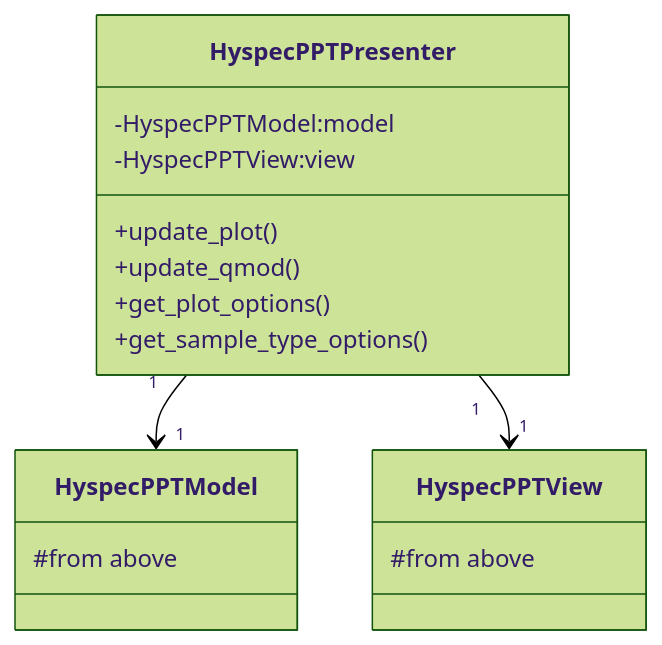
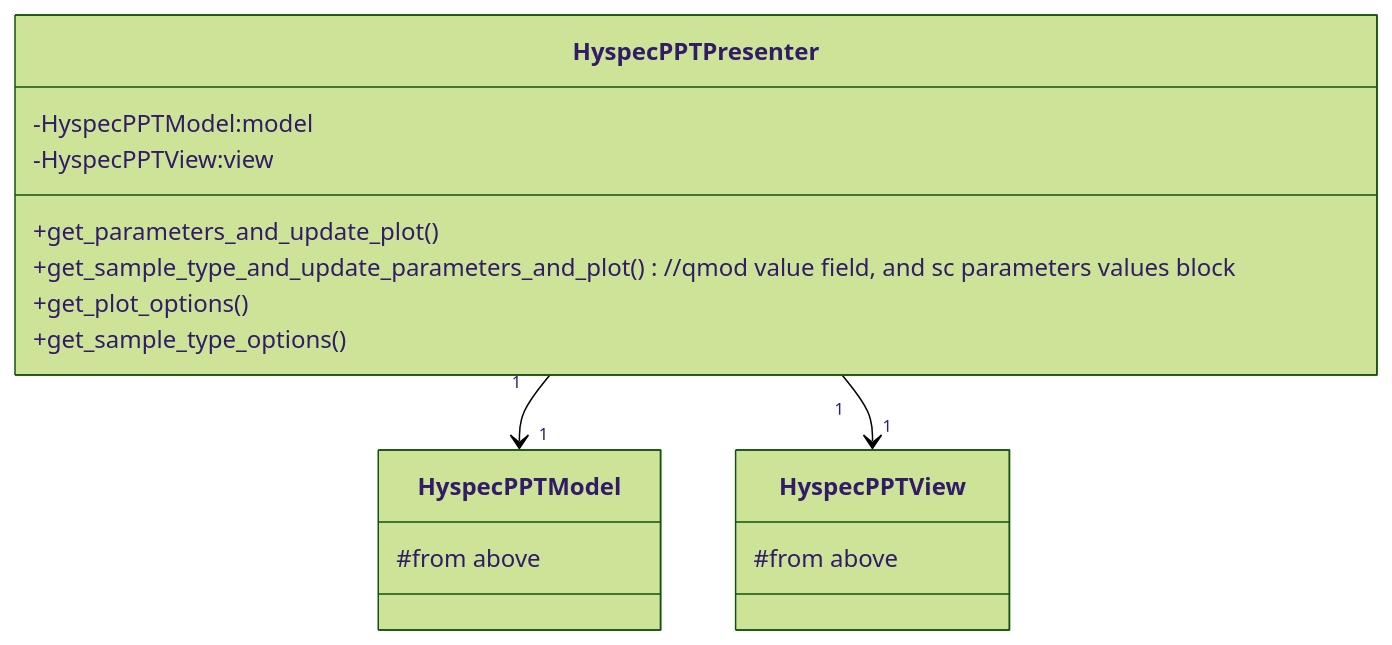
One commit to neutrons/hyspecppt changed the third of 5 diagrams in docs/source/design/hyspecpptclasses.rst. Above: the diagram before and after it, drawn with Mermaid (forest theme). The commit also changed other lines of this file, not shown here.

```diff
--- a/docs/source/design/hyspecpptclasses.rst
+++ b/docs/source/design/hyspecpptclasses.rst
@@ -450,22 +450,22 @@
 .. mermaid::
 
  classDiagram
     HyspecPPTPresenter "1" -->"1" HyspecPPTModel
     HyspecPPTPresenter "1" -->"1" HyspecPPTView
 
     class HyspecPPTPresenter{
         -HyspecPPTModel:model
         -HyspecPPTView:view
-        +update_plot()
-        +update_qmod()
+        +get_parameters_and_update_plot()
+        +get_sample_type_and_update_parameters_and_plot() //qmod value field, and sc parameters values block
         +get_plot_options()
         +get_sample_type_options()
     }
 
     class HyspecPPTModel{
         #from above
     }
 
     class HyspecPPTView{
         #from above
     }
```
